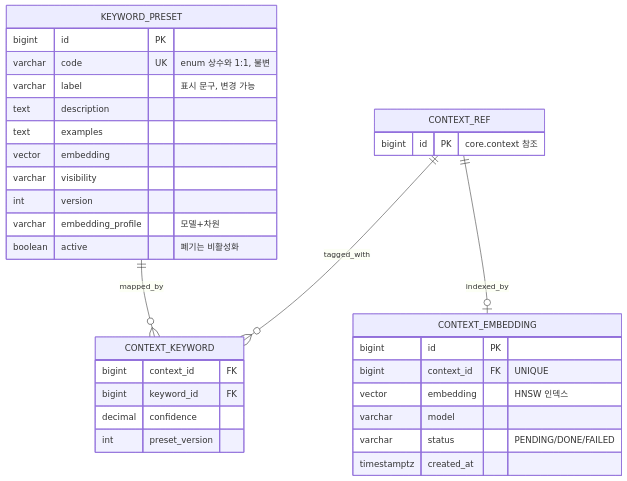
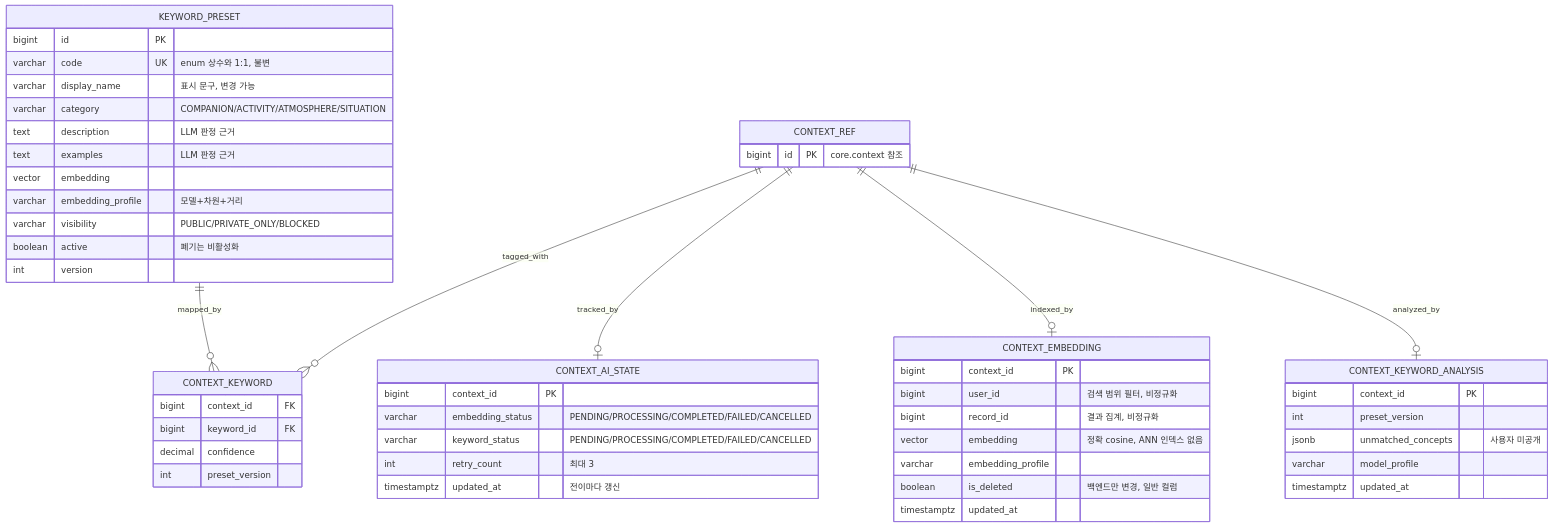
Before and after one commit to Team-PinLog/docs: the second of 2 diagrams in draft/07_ERD.md, drawn with Mermaid. The commit also changed other lines of this file and 4 other files, not shown here.

First line of the commit message:
docs: draft 데이터·API·플로우 문서를 AI 설계 계약과 동기화

````diff
--- a/draft/07_ERD.md
+++ b/draft/07_ERD.md
@@ -101,39 +103,59 @@
 ```mermaid
 erDiagram
     KEYWORD_PRESET ||--o{ CONTEXT_KEYWORD : mapped_by
+    CONTEXT_REF ||--o| CONTEXT_AI_STATE : tracked_by
+    CONTEXT_REF ||--o| CONTEXT_EMBEDDING : indexed_by
     CONTEXT_REF ||--o{ CONTEXT_KEYWORD : tagged_with
-    CONTEXT_REF ||--o| CONTEXT_EMBEDDING : indexed_by
+    CONTEXT_REF ||--o| CONTEXT_KEYWORD_ANALYSIS : analyzed_by
 
     CONTEXT_REF {
         bigint id PK "core.context 참조"
     }
 
     KEYWORD_PRESET {
         bigint id PK
         varchar code UK "enum 상수와 1:1, 불변"
-        varchar label "표시 문구, 변경 가능"
-        text description
-        text examples
+        varchar display_name "표시 문구, 변경 가능"
+        varchar category "COMPANION/ACTIVITY/ATMOSPHERE/SITUATION"
+        text description "LLM 판정 근거"
+        text examples "LLM 판정 근거"
         vector embedding
-        varchar visibility
+        varchar embedding_profile "모델+차원+거리"
+        varchar visibility "PUBLIC/PRIVATE_ONLY/BLOCKED"
+        boolean active "폐기는 비활성화"
         int version
-        varchar embedding_profile "모델+차원"
-        boolean active "폐기는 비활성화"
+    }
+
+    CONTEXT_AI_STATE {
+        bigint context_id PK
+        varchar embedding_status "PENDING/PROCESSING/COMPLETED/FAILED/CANCELLED"
+        varchar keyword_status "PENDING/PROCESSING/COMPLETED/FAILED/CANCELLED"
+        int retry_count "최대 3"
+        timestamptz updated_at "전이마다 갱신"
     }
 
     CONTEXT_EMBEDDING {
-        bigint id PK
-        bigint context_id FK "UNIQUE"
-        vector embedding "HNSW 인덱스"
-        varchar model
-        varchar status "PENDING/DONE/FAILED"
-        timestamptz created_at
+        bigint context_id PK
+        bigint user_id "검색 범위 필터, 비정규화"
+        bigint record_id "결과 집계, 비정규화"
+        vector embedding "정확 cosine, ANN 인덱스 없음"
+        varchar embedding_profile
+        boolean is_deleted "백엔드만 변경, 일반 컬럼"
+        timestamptz updated_at
     }
 
     CONTEXT_KEYWORD {
         bigint context_id FK
         bigint keyword_id FK
         decimal confidence
         int preset_version
     }
+
+    CONTEXT_KEYWORD_ANALYSIS {
+        bigint context_id PK
+        int preset_version
+        jsonb unmatched_concepts "사용자 미공개"
+        varchar model_profile
+        timestamptz updated_at
+    }
 ```
````
